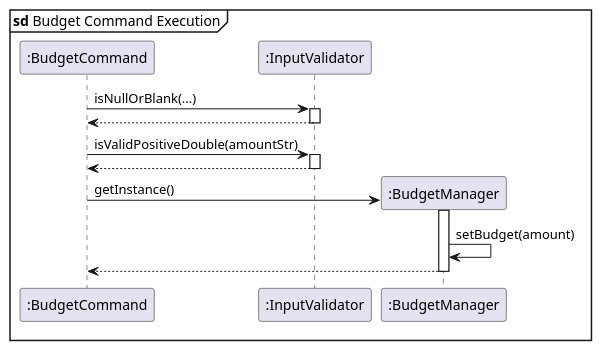
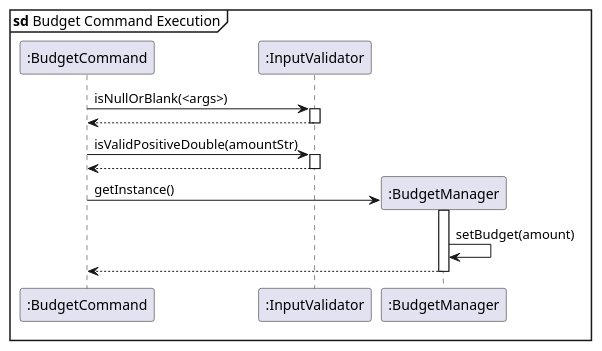
One commit to randust/tp changed the diagram in docs/diagrams/sequence/budget.puml. Above: the diagram before and after it, drawn with PlantUML. The commit also changed 9 other files, not shown here.

Commit message:
added addcategory sequence diagram + renamed some stuff

```diff
--- a/docs/diagrams/sequence/budget.puml
+++ b/docs/diagrams/sequence/budget.puml
@@ -1,32 +1,32 @@
 @startuml budget
 
 mainframe **sd** Budget Command Execution
 
 participant ":BudgetCommand" as BC
 participant ":InputValidator" as Validator
 
-BC -> Validator : isNullOrBlank(...)
+BC -> Validator : isNullOrBlank(<args>)
 activate Validator
 
 Validator --> BC :
 deactivate Validator
 
 BC -> Validator : isValidPositiveDouble(amountStr)
 activate Validator
 
 Validator --> BC :
 deactivate Validator
 
 create ":BudgetManager" as BM
 BC -> BM : getInstance()
 activate BM
 BM -> BM : setBudget(amount)
 
 BM --> BC:
 deactivate BM
 
 
 
 
 
 @enduml
```
